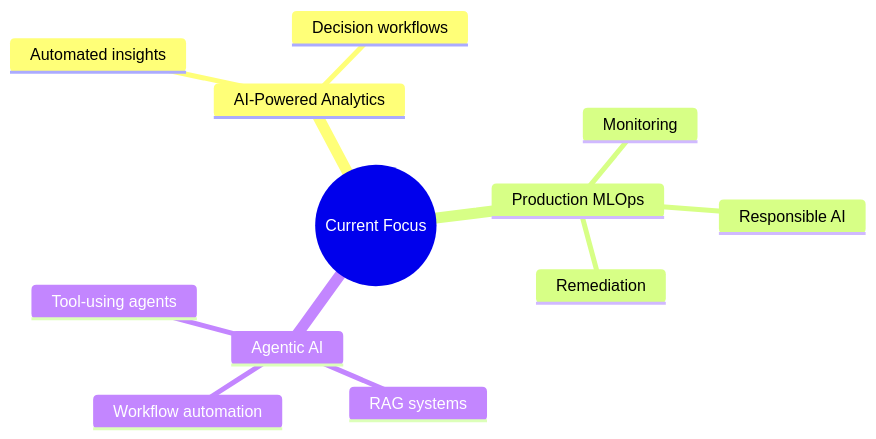
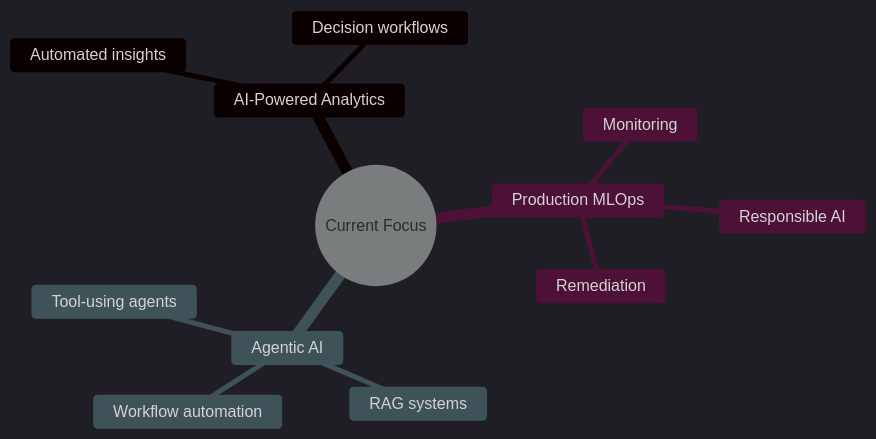
The third of 3 diagrams in README.md (jennisha29/jennisha29), drawn with Mermaid before and after one commit. The commit also changed other lines of this file, not shown here.

````diff
--- a/README.md
+++ b/README.md
@@ -191,15 +369,16 @@
 ```mermaid
+%%{init: {'theme':'dark', 'themeVariables': {'primaryColor':'#1e1b4b','primaryTextColor':'#f8fafc','lineColor':'#a855f7'}}}%%
 mindmap
   root((Current Focus))
     AI-Powered Analytics
       Automated insights
       Decision workflows
     Production MLOps
       Monitoring
       Remediation
       Responsible AI
     Agentic AI
       RAG systems
       Workflow automation
       Tool-using agents
 ```
````
